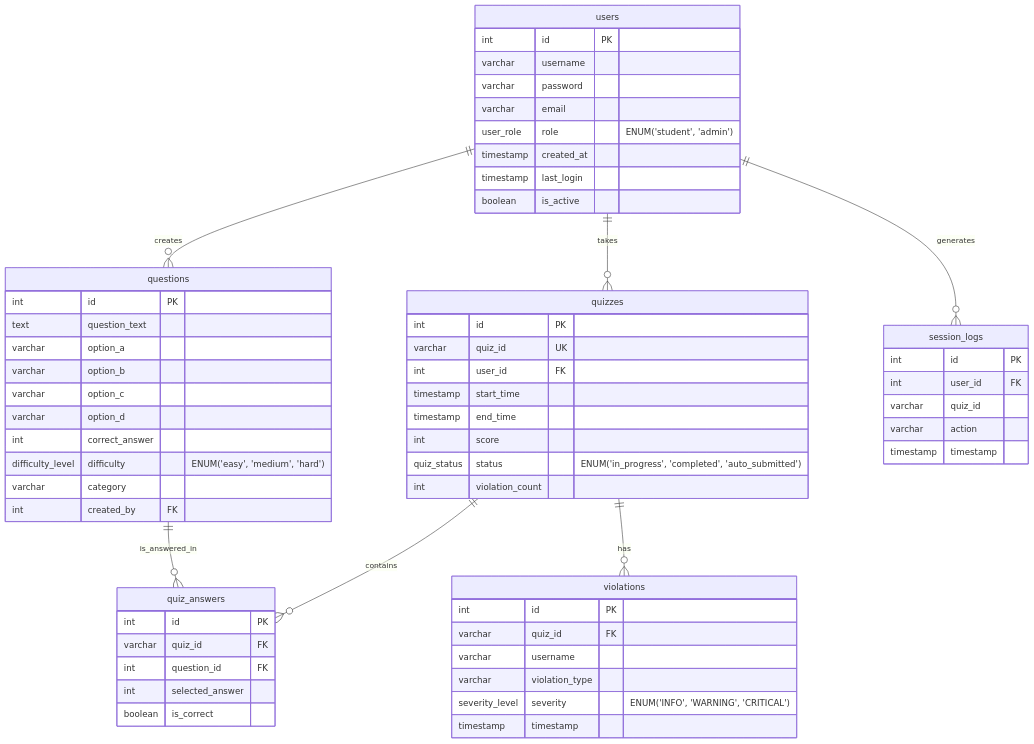
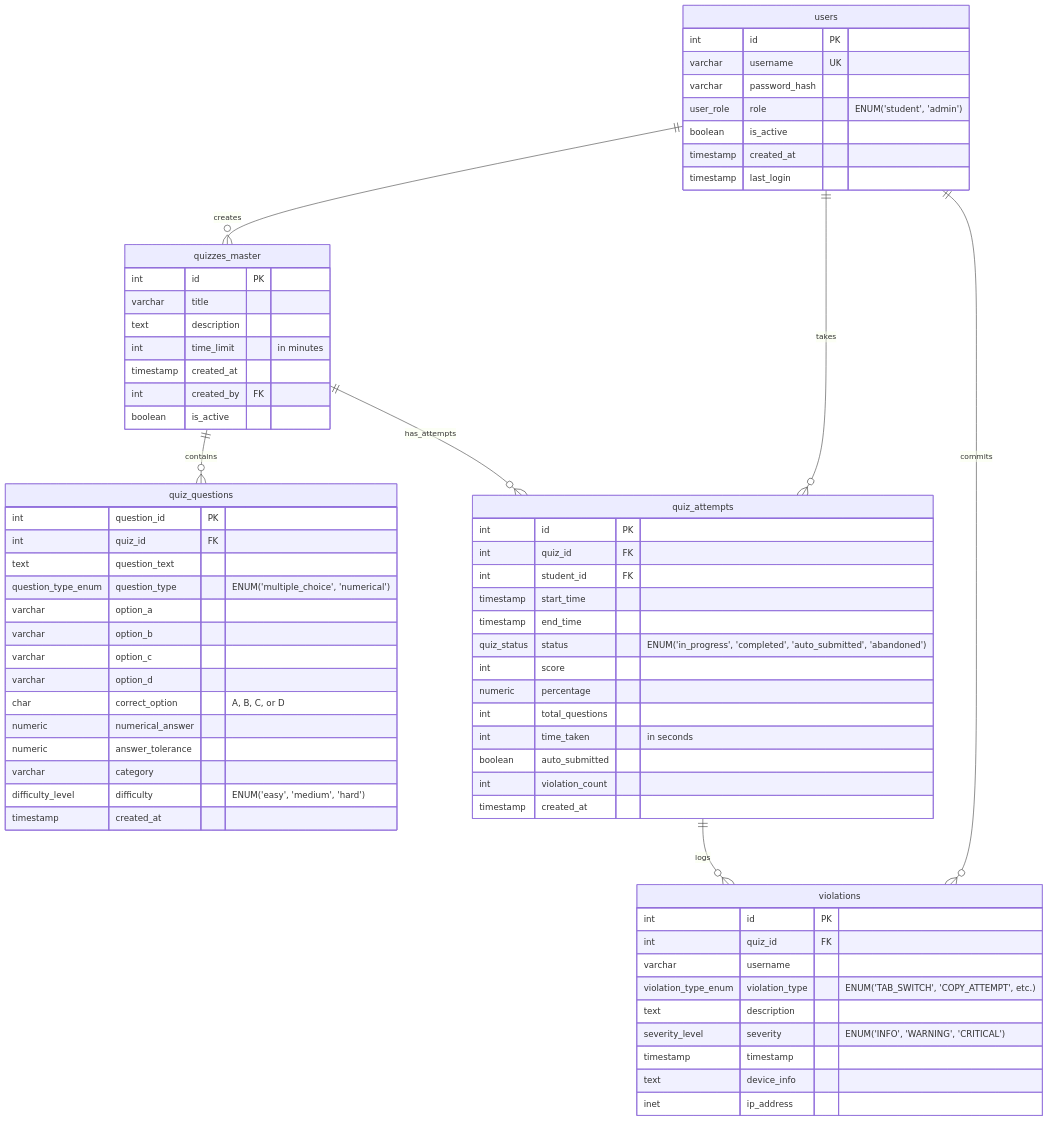
One commit to ShogunTestOrg/Anti-Malpractice changed the diagram in docs/ER_DIAGRAM.md. Above: the diagram before and after it, drawn with Mermaid. The commit also changed other lines of this file and 47 other files, not shown here.

````diff
--- a/docs/ER_DIAGRAM.md
+++ b/docs/ER_DIAGRAM.md
@@ -1,72 +1,77 @@
 ```mermaid
 erDiagram
     users {
         int id PK
-        varchar username
-        varchar password
-        varchar email
+        varchar username UK
+        varchar password_hash
         user_role role "ENUM('student', 'admin')"
+        boolean is_active
         timestamp created_at
         timestamp last_login
+    }
+
+    quizzes_master {
+        int id PK
+        varchar title
+        text description
+        int time_limit "in minutes"
+        timestamp created_at
+        int created_by FK
         boolean is_active
     }
 
-    questions {
-        int id PK
+    quiz_questions {
+        int question_id PK
+        int quiz_id FK
         text question_text
+        question_type_enum question_type "ENUM('multiple_choice', 'numerical')"
         varchar option_a
         varchar option_b
         varchar option_c
         varchar option_d
-        int correct_answer
+        char correct_option "A, B, C, or D"
+        numeric numerical_answer
+        numeric answer_tolerance
+        varchar category
         difficulty_level difficulty "ENUM('easy', 'medium', 'hard')"
-        varchar category
-        int created_by FK
+        timestamp created_at
     }
 
-    quizzes {
+    quiz_attempts {
         int id PK
-        varchar quiz_id UK
-        int user_id FK
+        int quiz_id FK
+        int student_id FK
         timestamp start_time
         timestamp end_time
+        quiz_status status "ENUM('in_progress', 'completed', 'auto_submitted', 'abandoned')"
         int score
-        quiz_status status "ENUM('in_progress', 'completed', 'auto_submitted')"
+        numeric percentage
+        int total_questions
+        int time_taken "in seconds"
+        boolean auto_submitted
         int violation_count
-    }
-
-    quiz_answers {
-        int id PK
-        varchar quiz_id FK
-        int question_id FK
-        int selected_answer
-        boolean is_correct
+        timestamp created_at
     }
 
     violations {
         int id PK
-        varchar quiz_id FK
+        int quiz_id FK
         varchar username
-        varchar violation_type
+        violation_type_enum violation_type "ENUM('TAB_SWITCH', 'COPY_ATTEMPT', etc.)"
+        text description
         severity_level severity "ENUM('INFO', 'WARNING', 'CRITICAL')"
         timestamp timestamp
+        text device_info
+        inet ip_address
     }
 
-    session_logs {
-        int id PK
-        int user_id FK
-        varchar quiz_id
-        varchar action
-        timestamp timestamp
-    }
-
-    users ||--o{ quizzes : "takes"
-    users ||--o{ questions : "creates"
-    users ||--o{ session_logs : "generates"
+    users ||--o{ quizzes_master : "creates"
+    users ||--o{ quiz_attempts : "takes"
+    users ||--o{ violations : "commits"
     
-    quizzes ||--o{ quiz_answers : "contains"
-    quizzes ||--o{ violations : "has"
+    quizzes_master ||--o{ quiz_questions : "contains"
+    quizzes_master ||--o{ quiz_attempts : "has_attempts"
     
-    questions ||--o{ quiz_answers : "is_answered_in"
+    quiz_attempts ||--o{ violations : "logs"
 
 ```
````
